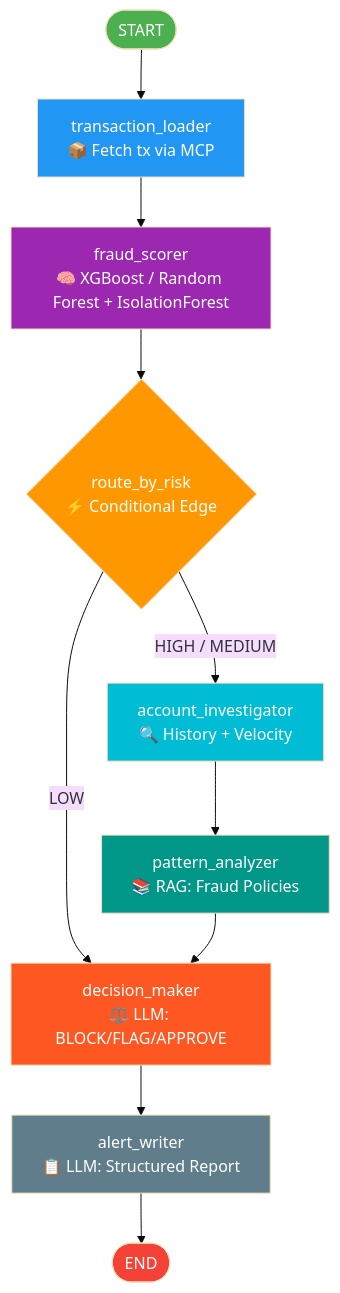
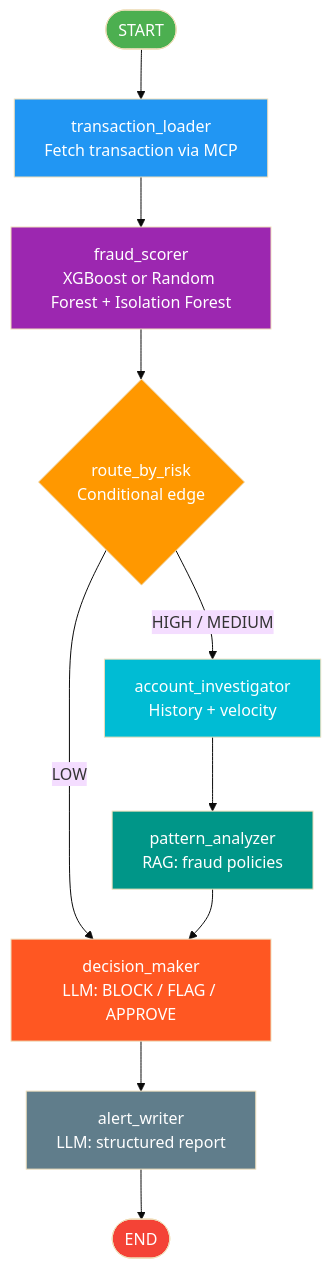
The diagram in README.md (ckathera/FraudTransactionsGuard), drawn with Mermaid (base theme) before and after one commit.

Commit message:
Improve flowchart formatting in README for better readability

````diff
--- a/README.md
+++ b/README.md
@@ -58,24 +58,24 @@
 ```mermaid
 flowchart TD
-    A([START]) --> B[transaction_loader\n📦 Fetch tx via MCP]
-    B --> C[fraud_scorer\n🧠 XGBoost / Random Forest + IsolationForest]
-    C --> D{route_by_risk\n⚡ Conditional Edge}
+    A([START]) --> B["transaction_loader<br/>Fetch transaction via MCP"]
+    B --> C["fraud_scorer<br/>XGBoost or Random Forest + Isolation Forest"]
+    C --> D{"route_by_risk<br/>Conditional edge"}
 
-    D -- HIGH / MEDIUM --> E[account_investigator\n🔍 History + Velocity]
-    D -- LOW --> G[decision_maker\n⚖️ LLM: BLOCK/FLAG/APPROVE]
+    D -- "HIGH / MEDIUM" --> E["account_investigator<br/>History + velocity"]
+    D -- "LOW" --> G["decision_maker<br/>LLM: BLOCK / FLAG / APPROVE"]
 
-    E --> F[pattern_analyzer\n📚 RAG: Fraud Policies]
+    E --> F["pattern_analyzer<br/>RAG: fraud policies"]
     F --> G
-    G --> H[alert_writer\n📋 LLM: Structured Report]
+    G --> H["alert_writer<br/>LLM: structured report"]
     H --> I([END])
 
     style A fill:#4CAF50,color:#fff
     style I fill:#f44336,color:#fff
     style D fill:#FF9800,color:#fff
     style B fill:#2196F3,color:#fff
     style C fill:#9C27B0,color:#fff
     style E fill:#00BCD4,color:#fff
     style F fill:#009688,color:#fff
     style G fill:#FF5722,color:#fff
     style H fill:#607D8B,color:#fff
 ```
````
